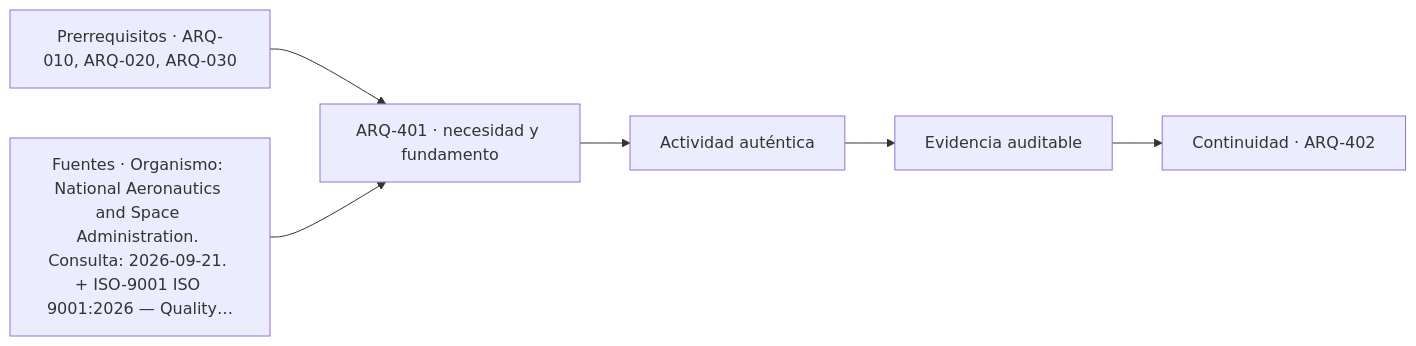
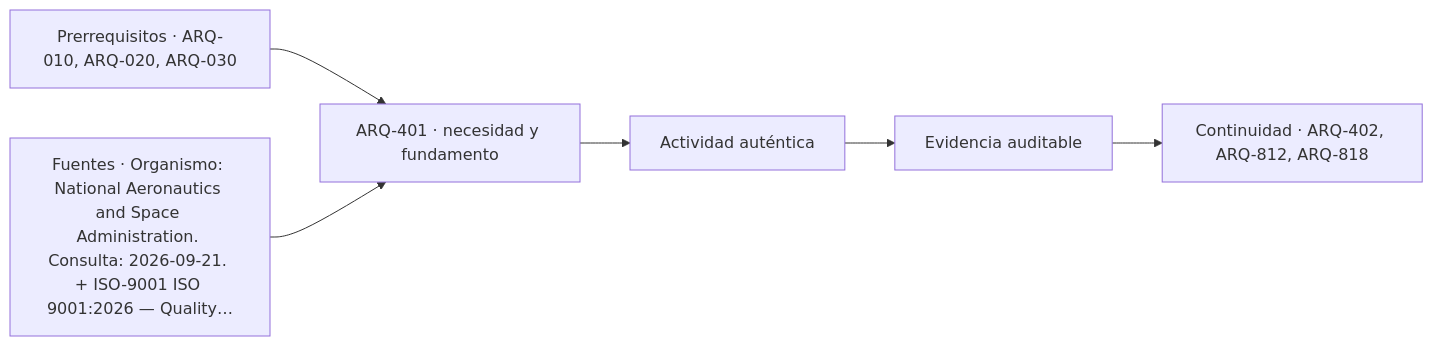
The diagram in classes/parte-41/ARQ-401.md (vladimiracunadev-create/architecture-built-environment-learning-program), drawn with Mermaid before and after one commit. The commit also changed other lines of this file and 234 other files, not shown here.

````diff
--- a/classes/parte-41/ARQ-401.md
+++ b/classes/parte-41/ARQ-401.md
@@ -103,8 +103,8 @@
 ```mermaid
 flowchart LR
     A["Prerrequisitos · ARQ-010, ARQ-020, ARQ-030"] --> B["ARQ-401 · necesidad y fundamento"]
     S["Fuentes · Organismo: National Aeronautics and Space Administration. Consulta: 2026-09-21. + ISO-9001 ISO 9001:2026 — Quality…"] --> B
     B --> C["Actividad auténtica"]
     C --> D["Evidencia auditable"]
-    D --> E["Continuidad · ARQ-402"]
+    D --> E["Continuidad · ARQ-402, ARQ-812, ARQ-818"]
 ```
````
